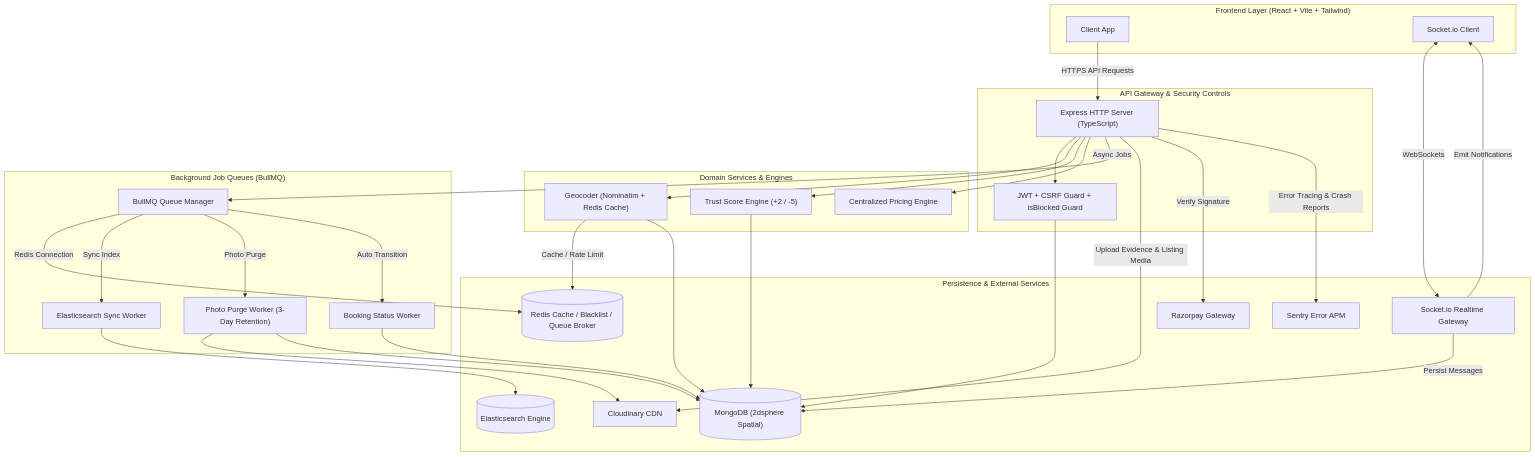
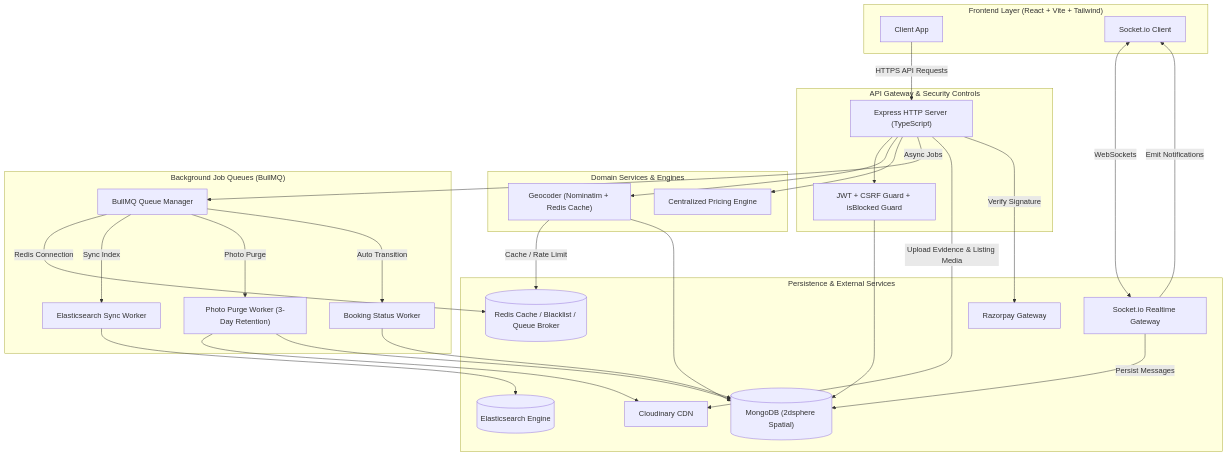
The first of 9 diagrams in ReadMe.md (priyanshuraj20/Rentora), drawn with Mermaid before and after one commit. The commit also changed other lines of this file, not shown here.

````diff
--- a/ReadMe.md
+++ b/ReadMe.md
@@ -239,56 +145,46 @@
 ```mermaid
 graph TD
     subgraph ClientLayer["Frontend Layer (React + Vite + Tailwind)"]
         Client["Client App"]
         SocketClient["Socket.io Client"]
     end
-
     subgraph SecurityGateway["API Gateway & Security Controls"]
         API["Express HTTP Server (TypeScript)"]
         Auth["JWT + CSRF Guard + isBlocked Guard"]
     end
-
     subgraph ServiceLayer["Domain Services & Engines"]
         GeoEngine["Geocoder (Nominatim + Redis Cache)"]
-        TrustEngine["Trust Score Engine (+2 / -5)"]
         PricingEngine["Centralized Pricing Engine"]
     end
-
     subgraph AsyncQueues["Background Job Queues (BullMQ)"]
         Queue["BullMQ Queue Manager"]
         PurgeWorker["Photo Purge Worker (3-Day Retention)"]
         BookingWorker["Booking Status Worker"]
         ESWorker["Elasticsearch Sync Worker"]
     end
-
     subgraph InfraStorage["Persistence & External Services"]
         DB[("MongoDB (2dsphere Spatial)")]
         Cache[("Redis Cache / Blacklist / Queue Broker")]
         ES[("Elasticsearch Engine")]
         Cloudinary["Cloudinary CDN"]
         Razorpay["Razorpay Gateway"]
         SocketServer["Socket.io Realtime Gateway"]
-        Sentry["Sentry Error APM"]
     end
-
     Client -->|HTTPS API Requests| API
     SocketClient <-->|WebSockets| SocketServer
     API --> Auth
     Auth --> DB
     API --> GeoEngine
     GeoEngine -- "Cache / Rate Limit" --> Cache
     GeoEngine --> DB
-    API --> TrustEngine
-    TrustEngine --> DB
     API --> PricingEngine
     API -->|Async Jobs| Queue
     Queue -->|Redis Connection| Cache
     Queue -->|Sync Index| ESWorker --> ES
     Queue -->|Photo Purge| PurgeWorker --> Cloudinary & DB
     Queue -->|Auto Transition| BookingWorker --> DB
     API -->|Upload Evidence & Listing Media| Cloudinary
     API -->|Verify Signature| Razorpay
-    API -->|Error Tracing & Crash Reports| Sentry
     SocketServer -->|Persist Messages| DB
     SocketServer -->|Emit Notifications| SocketClient
 ```
````
